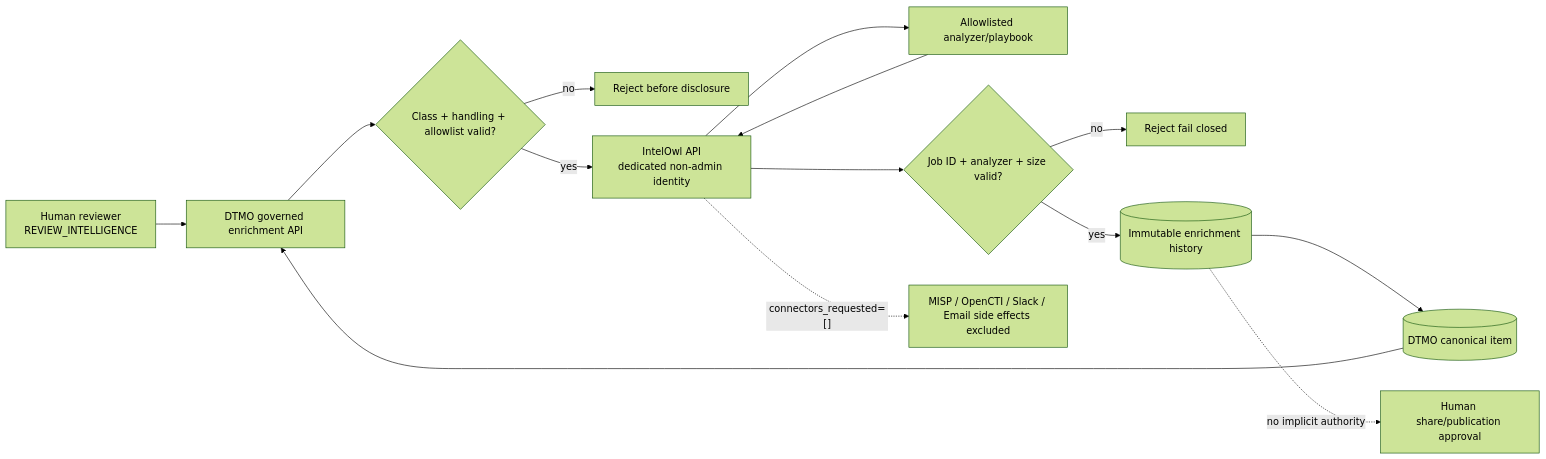
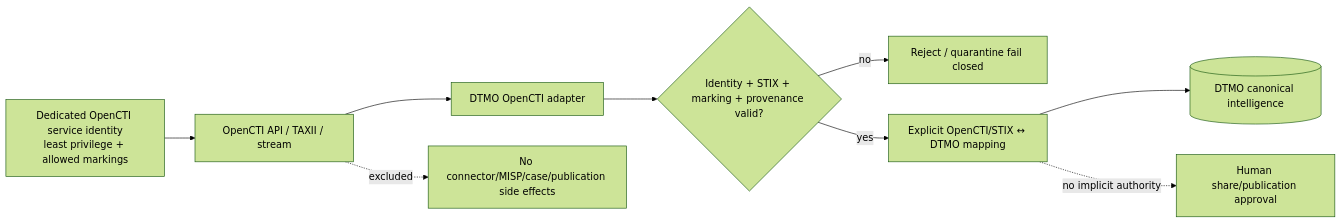
Before and after one commit to GJvManen/dtmo: the diagram in docs/security/SECURITY_OVERVIEW.md, drawn with Mermaid (forest theme). The commit also changed other lines of this file, not shown here.

Commit message:
Phase 11.4: add OpenCTI trust boundary

````diff
--- a/docs/security/SECURITY_OVERVIEW.md
+++ b/docs/security/SECURITY_OVERVIEW.md
@@ -60,16 +58,11 @@
 ```mermaid
 flowchart LR
-    H[Human reviewer\nREVIEW_INTELLIGENCE] --> E[DTMO governed enrichment API]
-    C[(DTMO canonical item)] --> E
-    E --> P{Class + handling + allowlist valid?}
-    P -->|no| R[Reject before disclosure]
-    P -->|yes| I[IntelOwl API\ndedicated non-admin identity]
-    I --> A[Allowlisted analyzer/playbook]
-    A --> I
-    I --> V{Job ID + analyzer + size valid?}
-    V -->|no| Q[Reject fail closed]
-    V -->|yes| D[(Immutable enrichment history)]
-    D --> C
-    I -. connectors_requested=[] .-> X[MISP / OpenCTI / Slack / Email side effects excluded]
-    D -. no implicit authority .-> S[Human share/publication approval]
+    I[Dedicated OpenCTI service identity\nleast privilege + allowed markings] --> O[OpenCTI API / TAXII / stream]
+    O --> A[DTMO OpenCTI adapter]
+    A --> V{Identity + STIX + marking + provenance valid?}
+    V -->|no| Q[Reject / quarantine fail closed]
+    V -->|yes| M[Explicit OpenCTI/STIX ↔ DTMO mapping]
+    M --> D[(DTMO canonical intelligence)]
+    M -. no implicit authority .-> S[Human share/publication approval]
+    O -. excluded .-> X[No connector/MISP/case/publication side effects]
 ```
````
